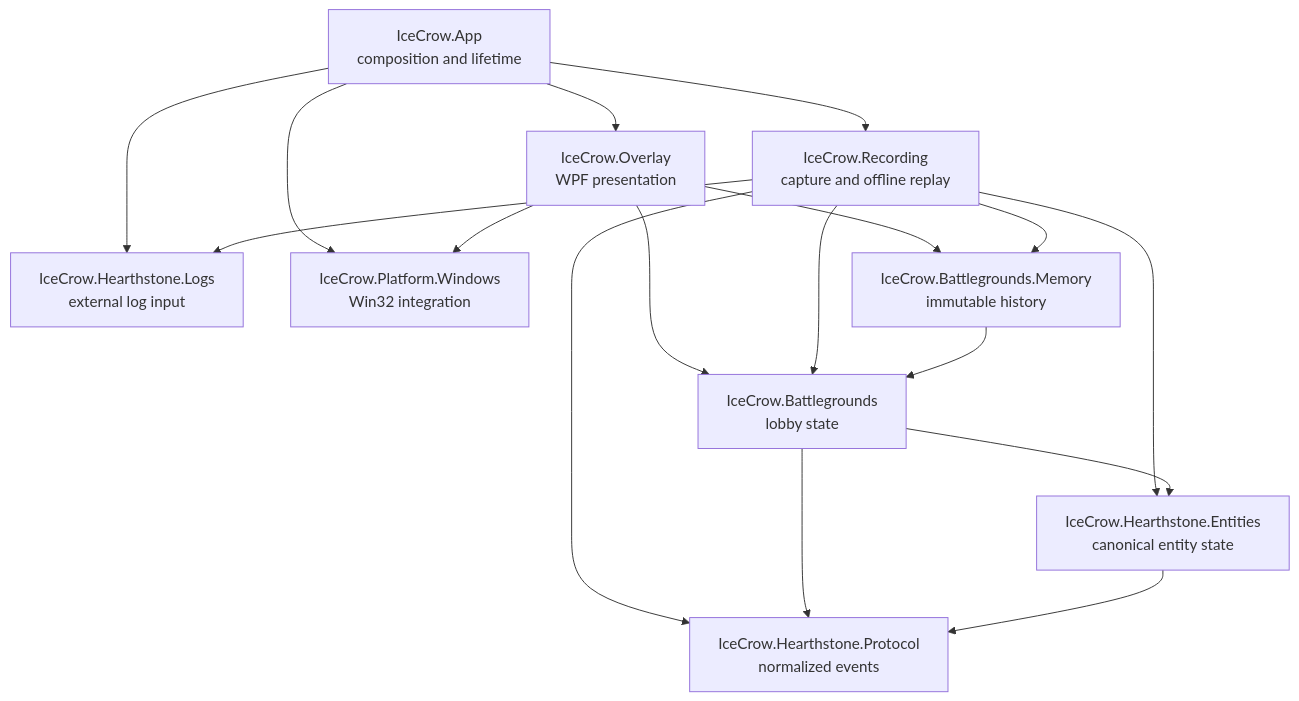
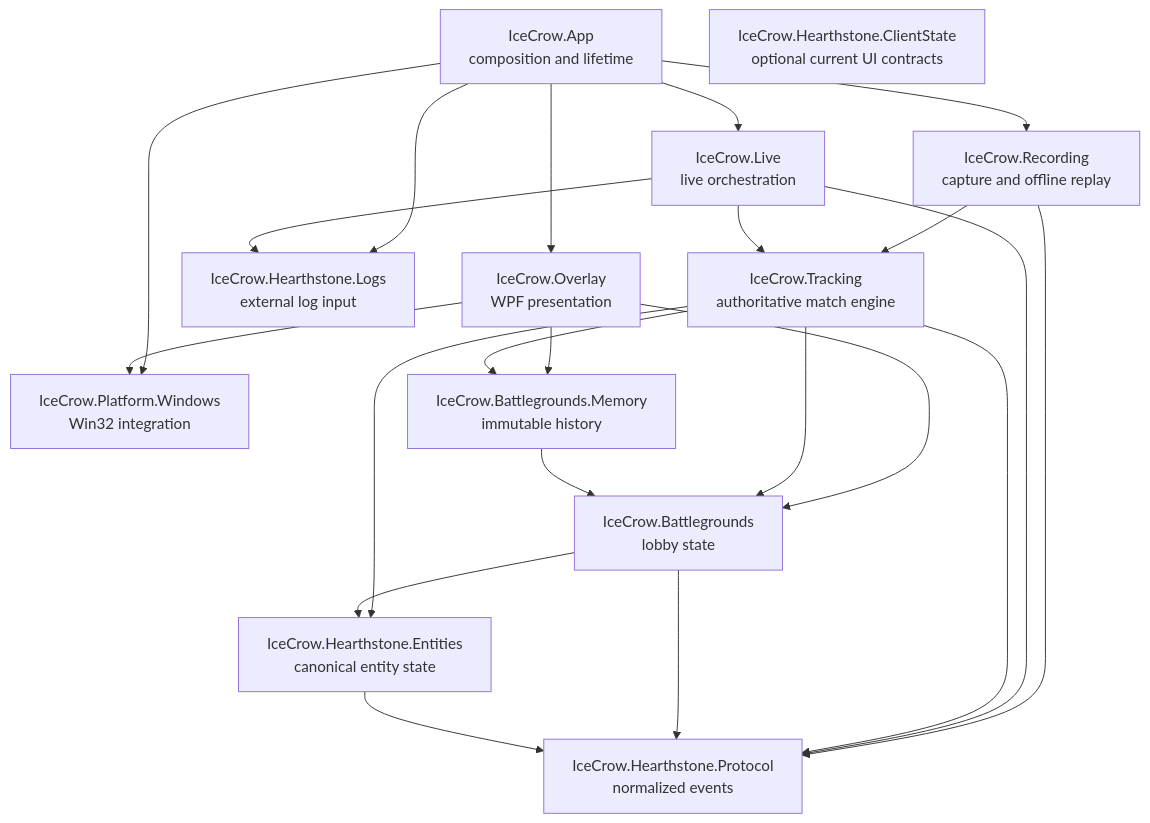
One commit to Manacost-Labs/IceCrow changed the diagram in README.md. Above: the diagram before and after it, drawn with Mermaid. The commit also changed other lines of this file and 104 other files, not shown here.

Commit message:
Add deterministic live tracking and client state

````diff
--- a/README.md
+++ b/README.md
@@ -26,22 +35,28 @@
 ```mermaid
 flowchart TD
     App["IceCrow.App<br/>composition and lifetime"] --> Overlay["IceCrow.Overlay<br/>WPF presentation"]
     App --> Logs["IceCrow.Hearthstone.Logs<br/>external log input"]
     App --> Windows["IceCrow.Platform.Windows<br/>Win32 integration"]
     App --> Recording["IceCrow.Recording<br/>capture and offline replay"]
+    App --> Live["IceCrow.Live<br/>live orchestration"]
+    ClientState["IceCrow.Hearthstone.ClientState<br/>optional current UI contracts"]
 
     Overlay --> BG["IceCrow.Battlegrounds<br/>lobby state"]
     Overlay --> Memory["IceCrow.Battlegrounds.Memory<br/>immutable history"]
     Overlay --> Windows
 
-    Recording --> Logs
+    Recording --> Tracking["IceCrow.Tracking<br/>authoritative match engine"]
     Recording --> Protocol["IceCrow.Hearthstone.Protocol<br/>normalized events"]
-    Recording --> Entities["IceCrow.Hearthstone.Entities<br/>canonical entity state"]
-    Recording --> BG
-    Recording --> Memory
+    Live --> Logs
+    Live --> Protocol
+    Live --> Tracking
+    Tracking --> Protocol
+    Tracking --> Entities["IceCrow.Hearthstone.Entities<br/>canonical entity state"]
+    Tracking --> BG
+    Tracking --> Memory
 
     Memory --> BG
     BG --> Entities
     BG --> Protocol
     Entities --> Protocol
 ```
````
